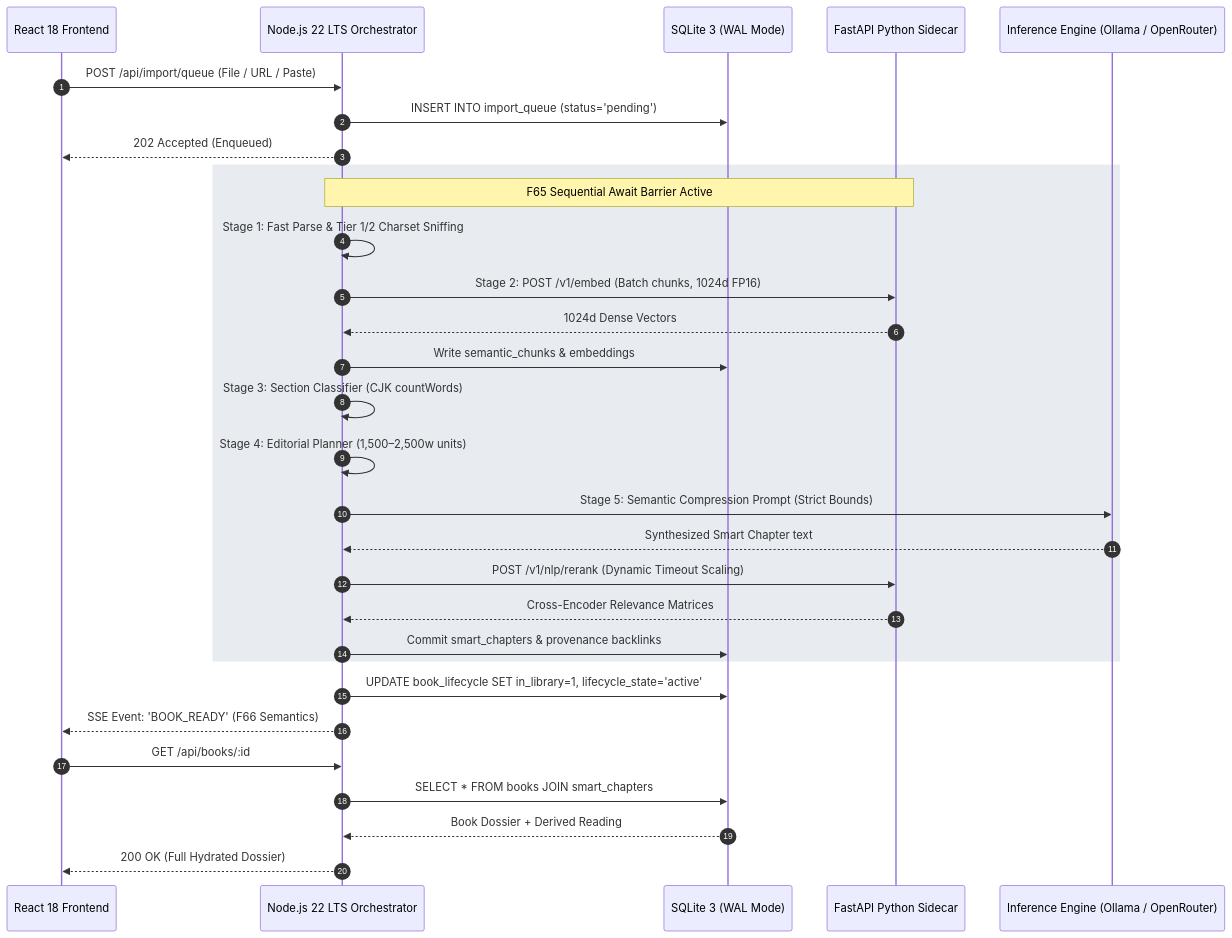
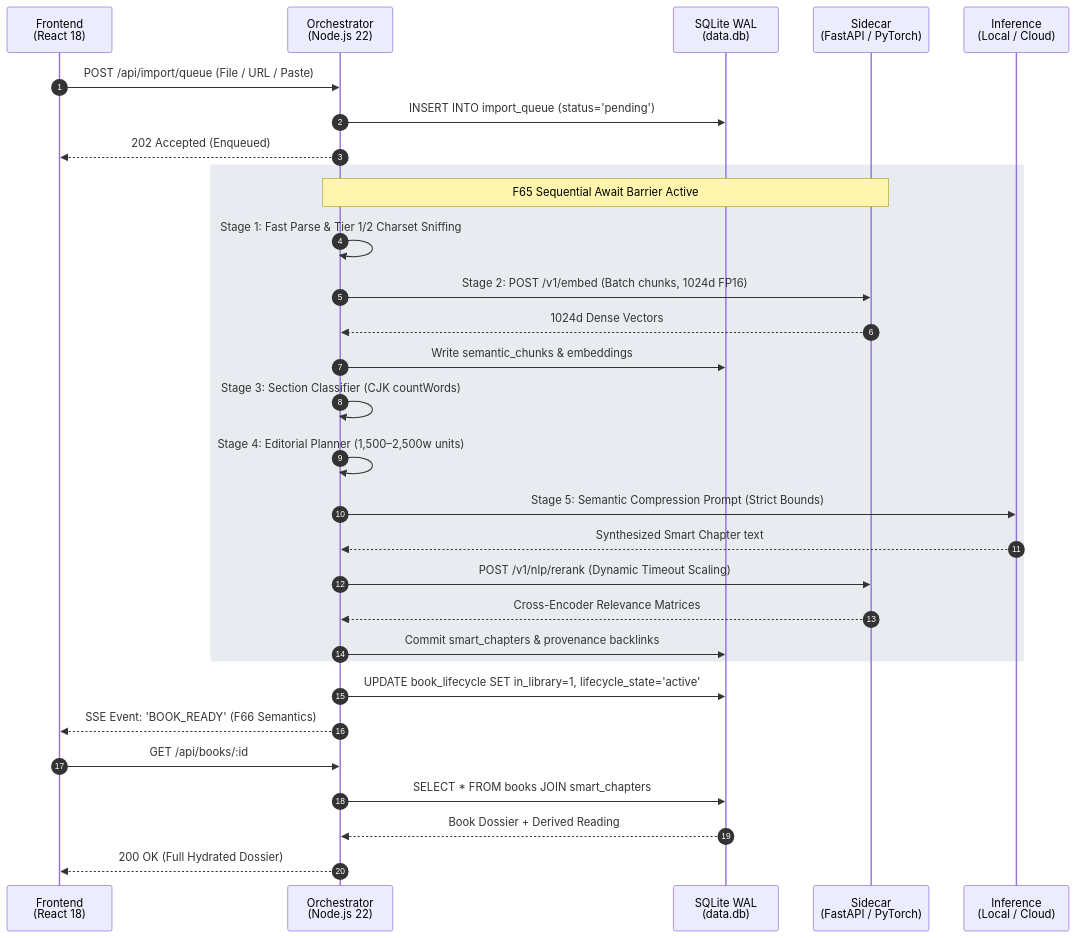
Before and after one commit to avengersvstheflash/Omnitome: the first of 2 diagrams in README.md, drawn with Mermaid. The commit also changed other lines of this file and 1 other file, not shown here.

Commit message:
docs(readme): fix GitHub MathJax macro sanitizer errors and mermaid sequence layout

````diff
--- a/README.md
+++ b/README.md
@@ -166,35 +166,35 @@
 ```mermaid
 sequenceDiagram
     autonumber
-    participant UI as React 18 Frontend
-    participant Node as Node.js 22 LTS Orchestrator
-    participant DB as SQLite 3 (WAL Mode)
-    participant Py as FastAPI Python Sidecar
-    participant LLM as Inference Engine (Ollama / OpenRouter)
+    participant UI as Frontend<br/>(React 18)
+    participant Node as Orchestrator<br/>(Node.js 22)
+    participant DB as SQLite WAL<br/>(data.db)
+    participant Py as Sidecar<br/>(FastAPI / PyTorch)
+    participant LLM as Inference<br/>(Local / Cloud)
 
     UI->>Node: POST /api/import/queue (File / URL / Paste)
     Node->>DB: INSERT INTO import_queue (status='pending')
     Node-->>UI: 202 Accepted (Enqueued)
 
     rect rgba(70, 90, 130, 0.12)
         Note over Node,Py: F65 Sequential Await Barrier Active
         Node->>Node: Stage 1: Fast Parse & Tier 1/2 Charset Sniffing
         Node->>Py: Stage 2: POST /v1/embed (Batch chunks, 1024d FP16)
         Py-->>Node: 1024d Dense Vectors
         Node->>DB: Write semantic_chunks & embeddings
         Node->>Node: Stage 3: Section Classifier (CJK countWords)
         Node->>Node: Stage 4: Editorial Planner (1,500–2,500w units)
         Node->>LLM: Stage 5: Semantic Compression Prompt (Strict Bounds)
         LLM-->>Node: Synthesized Smart Chapter text
         Node->>Py: POST /v1/nlp/rerank (Dynamic Timeout Scaling)
         Py-->>Node: Cross-Encoder Relevance Matrices
         Node->>DB: Commit smart_chapters & provenance backlinks
     end
 
     Node->>DB: UPDATE book_lifecycle SET in_library=1, lifecycle_state='active'
     Node-->>UI: SSE Event: 'BOOK_READY' (F66 Semantics)
     UI->>Node: GET /api/books/:id
     Node->>DB: SELECT * FROM books JOIN smart_chapters
     DB-->>Node: Book Dossier + Derived Reading
     Node-->>UI: 200 OK (Full Hydrated Dossier)
 ```
````
